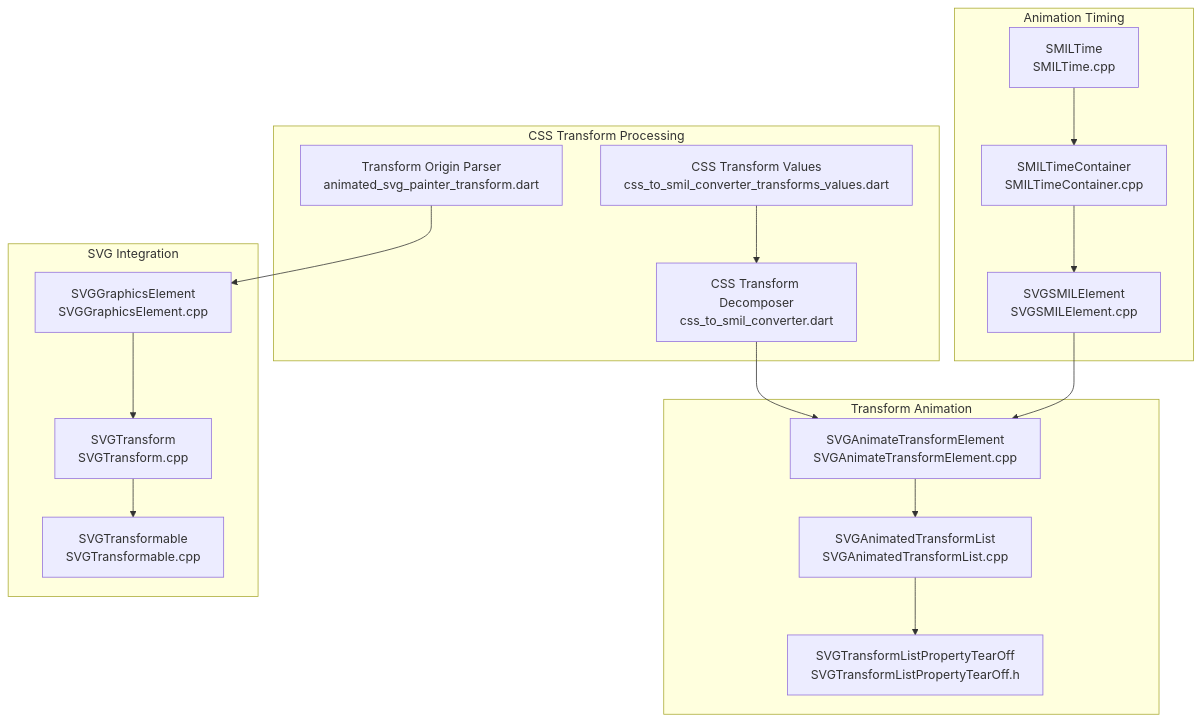
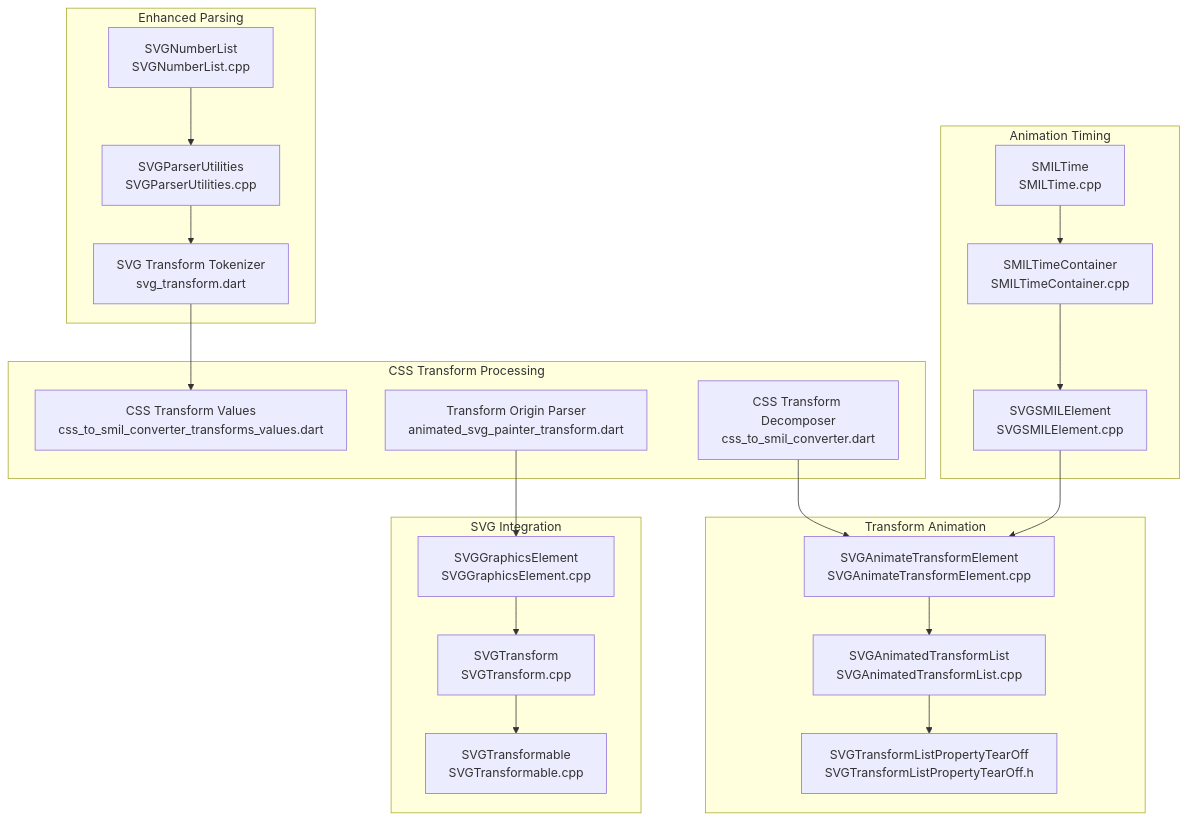
The first of 9 diagrams in .qoder/repowiki/en/content/Smil Transforms.md (denisnadey/flutter_full_svg_support), drawn with Mermaid before and after one commit. The commit also changed other lines of this file and 8 other files, not shown here.

````diff
--- a/.qoder/repowiki/en/content/Smil Transforms.md
+++ b/.qoder/repowiki/en/content/Smil Transforms.md
@@ -58,33 +68,40 @@
 ```mermaid
 graph TB
 subgraph "Animation Timing"
 A["SMILTime<br/>SMILTime.cpp"]
 B["SMILTimeContainer<br/>SMILTimeContainer.cpp"]
 C["SVGSMILElement<br/>SVGSMILElement.cpp"]
 end
 subgraph "Transform Animation"
 D["SVGAnimateTransformElement<br/>SVGAnimateTransformElement.cpp"]
 E["SVGAnimatedTransformList<br/>SVGAnimatedTransformList.cpp"]
 F["SVGTransformListPropertyTearOff<br/>SVGTransformListPropertyTearOff.h"]
 end
+subgraph "Enhanced Parsing"
+G["SVGNumberList<br/>SVGNumberList.cpp"]
+H["SVGParserUtilities<br/>SVGParserUtilities.cpp"]
+I["SVG Transform Tokenizer<br/>svg_transform.dart"]
+end
 subgraph "CSS Transform Processing"
-G["CSS Transform Values<br/>css_to_smil_converter_transforms_values.dart"]
-H["Transform Origin Parser<br/>animated_svg_painter_transform.dart"]
-I["CSS Transform Decomposer<br/>css_to_smil_converter.dart"]
+J["CSS Transform Values<br/>css_to_smil_converter_transforms_values.dart"]
+K["Transform Origin Parser<br/>animated_svg_painter_transform.dart"]
+L["CSS Transform Decomposer<br/>css_to_smil_converter.dart"]
 end
 subgraph "SVG Integration"
-J["SVGGraphicsElement<br/>SVGGraphicsElement.cpp"]
-K["SVGTransform<br/>SVGTransform.cpp"]
-L["SVGTransformable<br/>SVGTransformable.cpp"]
+M["SVGGraphicsElement<br/>SVGGraphicsElement.cpp"]
+N["SVGTransform<br/>SVGTransform.cpp"]
+O["SVGTransformable<br/>SVGTransformable.cpp"]
 end
 A --> B
 B --> C
 C --> D
 D --> E
 E --> F
-G --> I
-H --> J
-I --> D
-J --> K
-K --> L
+G --> H
+H --> I
+I --> J
+K --> M
+L --> D
+M --> N
+N --> O
 ```
````
